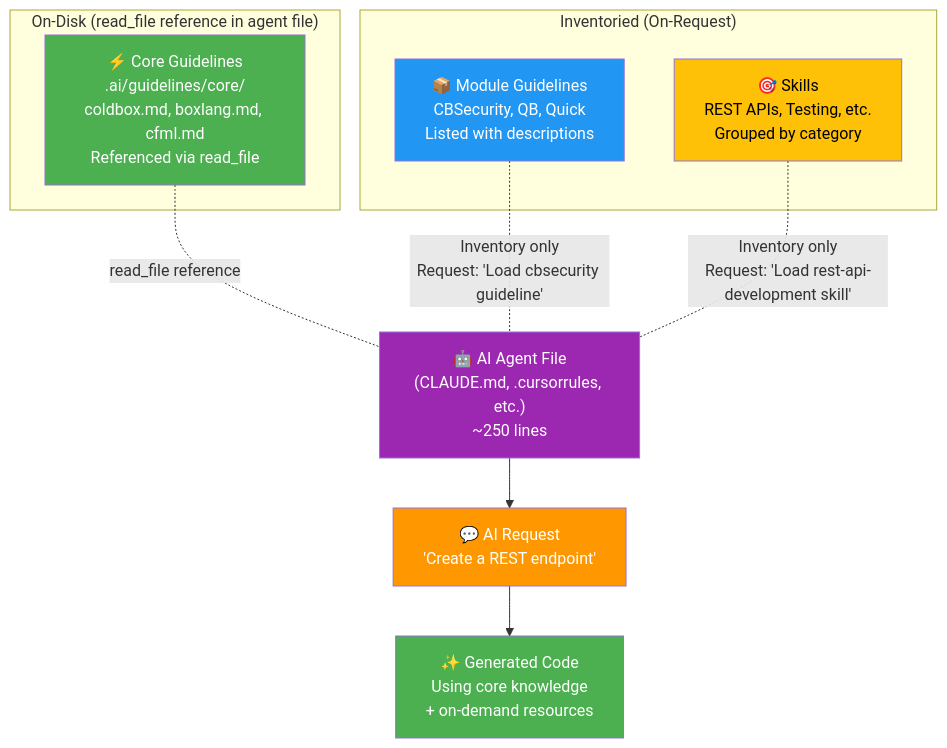
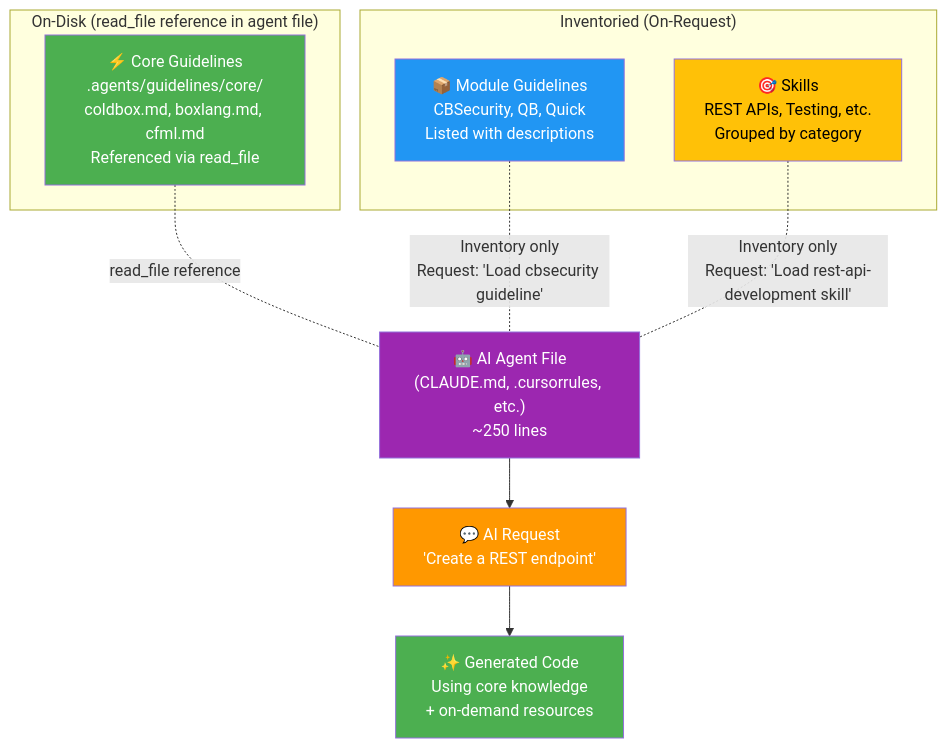
The fourth of 8 diagrams in digging-deeper/ai/agentic-coldbox.md (ortus-docs/coldbox-docs), drawn with Mermaid before and after one commit. The commit also changed other lines of this file, not shown here.

````diff
--- a/digging-deeper/ai/agentic-coldbox.md
+++ b/digging-deeper/ai/agentic-coldbox.md
@@ -298,27 +298,27 @@
 ```mermaid
 flowchart TB
     subgraph "On-Disk (read_file reference in agent file)"
-        CoreG["⚡ Core Guidelines\n.ai/guidelines/core/\ncoldbox.md, boxlang.md, cfml.md\nReferenced via read_file"]
+        CoreG["⚡ Core Guidelines\n.agents/guidelines/core/\ncoldbox.md, boxlang.md, cfml.md\nReferenced via read_file"]
     end
 
     subgraph "Inventoried (On-Request)"
         ModuleG["📦 Module Guidelines\nCBSecurity, QB, Quick\nListed with descriptions"]
         Skills["🎯 Skills\nREST APIs, Testing, etc.\nGrouped by category"]
     end
 
     AgentFile["🤖 AI Agent File\n(CLAUDE.md, .cursorrules, etc.)\n~250 lines"]
 
     CoreG -.-|"read_file reference"| AgentFile
     ModuleG -.-|"Inventory only\nRequest: 'Load cbsecurity guideline'"| AgentFile
     Skills -.-|"Inventory only\nRequest: 'Load rest-api-development skill'"| AgentFile
 
     AgentFile --> Request["💬 AI Request\n'Create a REST endpoint'"]
     Request --> Response["✨ Generated Code\nUsing core knowledge\n+ on-demand resources"]
 
     style CoreG fill:#4caf50,color:#fff
     style ModuleG fill:#2196f3,color:#fff
     style Skills fill:#ffc107,color:#000
     style AgentFile fill:#9c27b0,color:#fff
     style Request fill:#ff9800,color:#fff
     style Response fill:#4caf50,color:#fff
 ```
````
